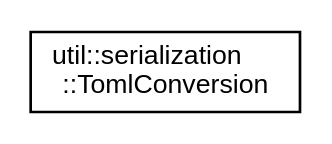
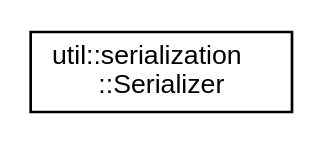
The diagram in inherit_graph_96.dot (AndreasLrx/ecstasy), drawn with Graphviz before and after one commit. The commit also changed 394 other files, not shown here.

```diff
--- a/inherit_graph_96.dot
+++ b/inherit_graph_96.dot
@@ -1,8 +1,8 @@
 digraph "Graphical Class Hierarchy"
 {
  // LATEX_PDF_SIZE
   edge [fontname="Helvetica",fontsize="10",labelfontname="Helvetica",labelfontsize="10"];
   node [fontname="Helvetica",fontsize="10",shape=record];
   rankdir="LR";
-  Node0 [label="util::serialization\l::TomlConversion",height=0.2,width=0.4,color="black", fillcolor="white", style="filled",URL="$classutil_1_1serialization_1_1_toml_conversion.html",tooltip=" "];
+  Node0 [label="util::serialization\l::Serializer",height=0.2,width=0.4,color="black", fillcolor="white", style="filled",URL="$classutil_1_1serialization_1_1_serializer.html",tooltip="Static class."];
 }
```
